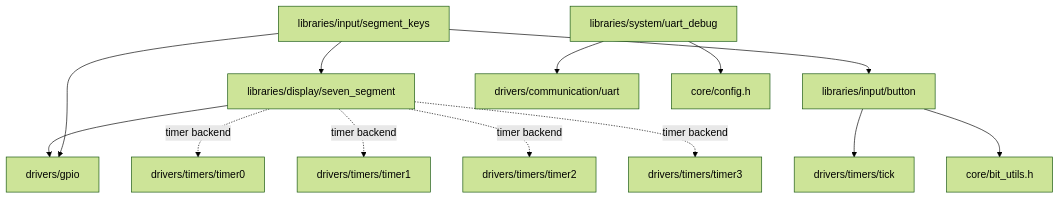
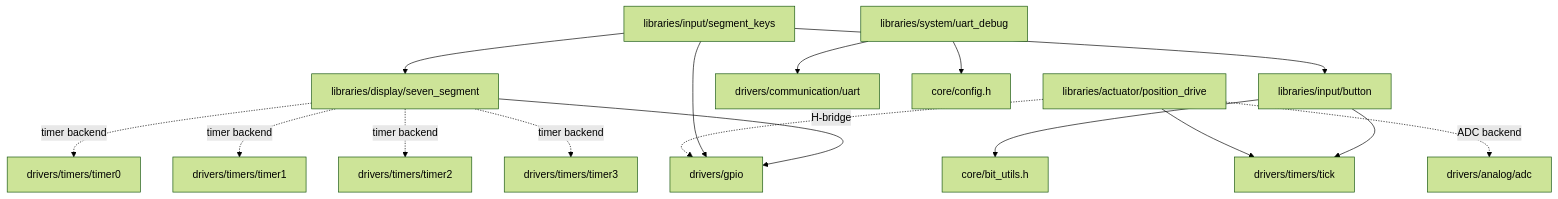
Before and after one commit to anatoliWeb/pic-platform: the fourth of 7 diagrams in docs/architecture/dependency-graph.md, drawn with Mermaid (forest theme). The commit also changed other lines of this file and 13 other files, not shown here.

First line of the commit message:
docs(position-drive): document actuator control workflow

````diff
--- a/docs/architecture/dependency-graph.md
+++ b/docs/architecture/dependency-graph.md
@@ -61,18 +67,22 @@
 ```mermaid
 flowchart TD
     SEG[libraries/display/seven_segment] --> GPIO[drivers/gpio]
     SEG -. timer backend .-> T0[drivers/timers/timer0]
     SEG -. timer backend .-> T1[drivers/timers/timer1]
     SEG -. timer backend .-> T2[drivers/timers/timer2]
     SEG -. timer backend .-> T3[drivers/timers/timer3]
 
     BTN[libraries/input/button] --> TICK[drivers/timers/tick]
     BTN --> BIT[core/bit_utils.h]
 
     KYS[libraries/input/segment_keys] --> SEG
     KYS --> BTN
     KYS --> GPIO
 
     UDBG[libraries/system/uart_debug] --> UART[drivers/communication/uart]
     UDBG --> CONF[core/config.h]
+
+    PDRV[libraries/actuator/position_drive] --> TICK[drivers/timers/tick]
+    PDRV -. ADC backend .-> ADC[drivers/analog/adc]
+    PDRV -. H-bridge .-> GPIO[drivers/gpio]
 ```
````
